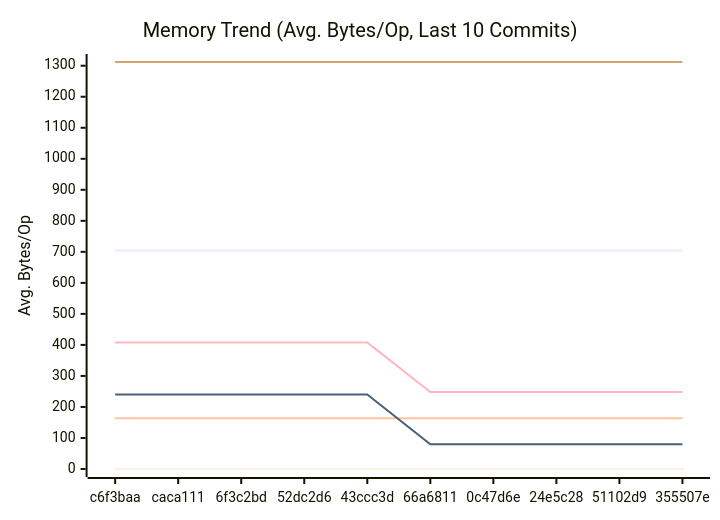
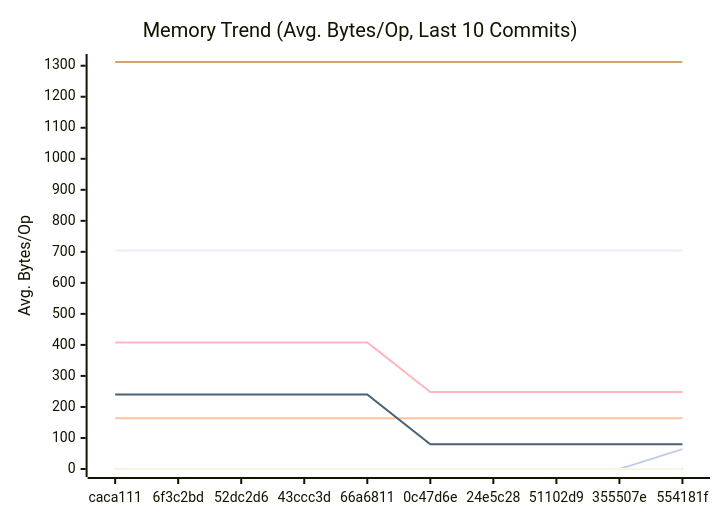
The second of 3 diagrams in docs/PERFORMANCE.md (alsotoes/momo), drawn with Mermaid before and after one commit. The commit also changed other lines of this file and 7 other files, not shown here.

````diff
--- a/docs/PERFORMANCE.md
+++ b/docs/PERFORMANCE.md
@@ -152,18 +154,18 @@
 ```mermaid
 xychart-beta
     title "Memory Trend (Avg. Bytes/Op, Last 10 Commits)"
     x-axis "Commit"
     y-axis "Avg. Bytes/Op"
-    x-axis [c6f3baa,caca111,6f3c2bd,52dc2d6,43ccc3d,66a6811,0c47d6e,24e5c28,51102d9,355507e]
+    x-axis [caca111,6f3c2bd,52dc2d6,43ccc3d,66a6811,0c47d6e,24e5c28,51102d9,355507e,554181f]
     line "CheckMetricsAndSwap" [0,0,0,0,0,0,0,0,0,0]
     line "CrushOptimized" [0,0,0,0,0,0,0,0,0,0]
     line "CrushOriginal" [164,164,164,164,164,164,164,164,164,164]
     line "IndexDirectTracking" [0,0,0,0,0,0,0,0,0,0]
     line "IndexSearch" [0,0,0,0,0,0,0,0,0,0]
     line "LoadGlobalConfig" [1312,1312,1312,1312,1312,1312,1312,1312,1312,1312]
-    line "PadString" [0,0,0,0,0,0,0,0,0,0]
+    line "PadString" [0,0,0,0,0,0,0,0,0,64]
     line "ParseReplicationOrder_NoPrealloc" [408,408,408,408,408,248,248,248,248,248]
     line "ParseReplicationOrder_Prealloc" [240,240,240,240,240,80,80,80,80,80]
     line "SanitizeLog/Safe" [0,0,0,0,0,0,0,0,0,0]
     line "SanitizeLog/Unsafe" [704,704,704,704,704,704,704,704,704,704]
 ```
````
